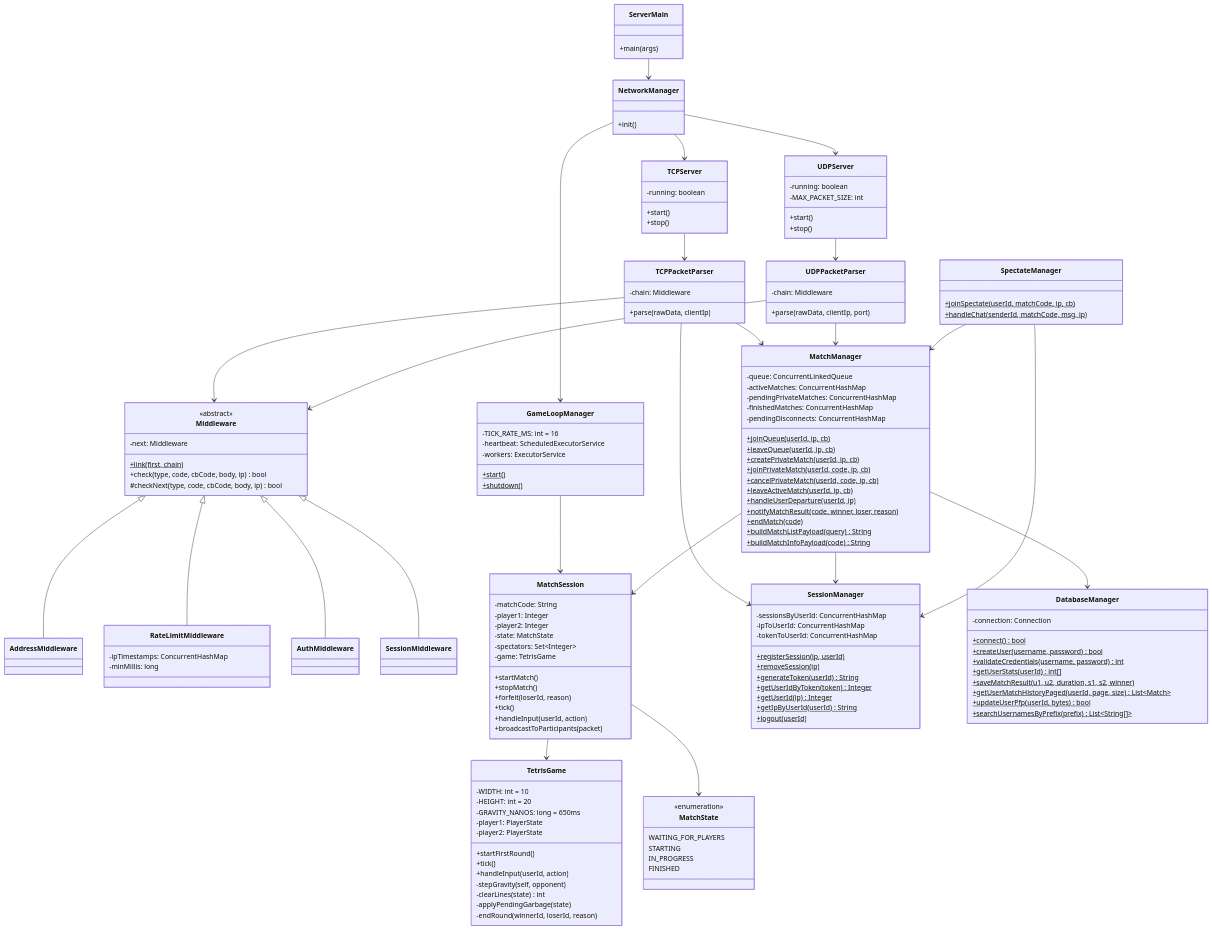
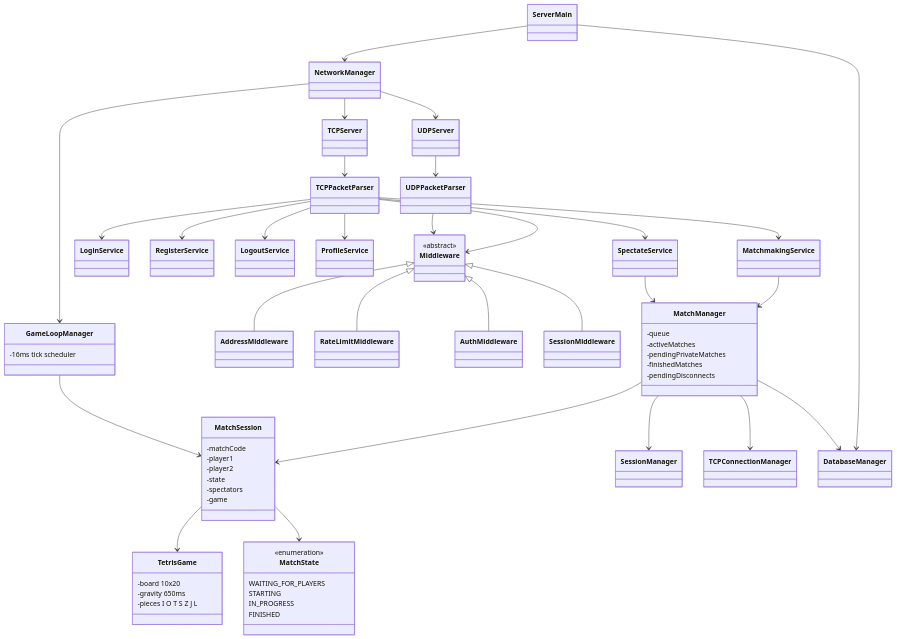
The diagram in server/README.md (gabrielmazui/Jetris), drawn with Mermaid before and after one commit. The commit also changed other lines of this file and 8 other files, not shown here.

````diff
--- a/server/README.md
+++ b/server/README.md
@@ -215,139 +31,50 @@
 ```mermaid
 classDiagram
-    class ServerMain {
-        +main(args)
+    class ServerMain
+    class NetworkManager
+    class TCPServer
+    class UDPServer
+    class GameLoopManager {
+        -16ms tick scheduler
     }
 
-    class NetworkManager {
-        +init()
-    }
-
-    class TCPServer {
-        -running: boolean
-        +start()
-        +stop()
-    }
-
-    class UDPServer {
-        -running: boolean
-        -MAX_PACKET_SIZE: int
-        +start()
-        +stop()
-    }
-
-    class TCPPacketParser {
-        -chain: Middleware
-        +parse(rawData, clientIp)
-    }
-
-    class UDPPacketParser {
-        -chain: Middleware
-        +parse(rawData, clientIp, port)
-    }
-
+    class TCPPacketParser
+    class UDPPacketParser
     class Middleware {
         <<abstract>>
-        -next: Middleware
-        +link(first, chain)$
-        +check(type, code, cbCode, body, ip) bool
-        #checkNext(type, code, cbCode, body, ip) bool
     }
-
     class AddressMiddleware
-    class RateLimitMiddleware {
-        -ipTimestamps: ConcurrentHashMap
-        -minMillis: long
-    }
+    class RateLimitMiddleware
     class AuthMiddleware
     class SessionMiddleware
 
+    class LoginService
+    class RegisterService
+    class LogoutService
+    class ProfileService
+    class MatchmakingService
+    class SpectateService
+
     class MatchManager {
-        -queue: ConcurrentLinkedQueue
-        -activeMatches: ConcurrentHashMap
-        -pendingPrivateMatches: ConcurrentHashMap
-        -finishedMatches: ConcurrentHashMap
-        -pendingDisconnects: ConcurrentHashMap
-        +joinQueue(userId, ip, cb)$
-        +leaveQueue(userId, ip, cb)$
-        +createPrivateMatch(userId, ip, cb)$
-        +joinPrivateMatch(userId, code, ip, cb)$
-        +cancelPrivateMatch(userId, code, ip, cb)$
-        +leaveActiveMatch(userId, ip, cb)$
-        +handleUserDeparture(userId, ip)$
-        +notifyMatchResult(code, winner, loser, reason)$
-        +endMatch(code)$
-        +buildMatchListPayload(query) String$
-        +buildMatchInfoPayload(code) String$
+        -queue
+        -activeMatches
+        -pendingPrivateMatches
+        -finishedMatches
+        -pendingDisconnects
     }
-
     class MatchSession {
-        -matchCode: String
-        -player1: Integer
-        -player2: Integer
-        -state: MatchState
-        -spectators: Set~Integer~
-        -game: TetrisGame
-        +startMatch()
-        +stopMatch()
-        +forfeit(loserId, reason)
-        +tick()
-        +handleInput(userId, action)
-        +broadcastToParticipants(packet)
+        -matchCode
+        -player1
+        -player2
+        -state
+        -spectators
+        -game
     }
-
     class TetrisGame {
-        -WIDTH: int = 10
-        -HEIGHT: int = 20
-        -GRAVITY_NANOS: long = 650ms
-        -player1: PlayerState
-        -player2: PlayerState
-        +startFirstRound()
-        +tick()
-        +handleInput(userId, action)
-        -stepGravity(self, opponent)
-        -clearLines(state) int
-        -applyPendingGarbage(state)
-        -endRound(winnerId, loserId, reason)
+        -board 10x20
+        -gravity 650ms
+        -pieces I O T S Z J L
     }
-
-    class GameLoopManager {
-        -TICK_RATE_MS: int = 16
-        -heartbeat: ScheduledExecutorService
-        -workers: ExecutorService
-        +start()$
-        +shutdown()$
-    }
-
-    class SpectateManager {
-        +joinSpectate(userId, matchCode, ip, cb)$
-        +handleChat(senderId, matchCode, msg, ip)$
-    }
-
-    class SessionManager {
-        -sessionsByUserId: ConcurrentHashMap
-        -ipToUserId: ConcurrentHashMap
-        -tokenToUserId: ConcurrentHashMap
-        +registerSession(ip, userId)$
-        +removeSession(ip)$
-        +generateToken(userId) String$
-        +getUserIdByToken(token) Integer$
-        +getUserId(ip) Integer$
-        +getIpByUserId(userId) String$
-        +logout(userId)$
-    }
-
-    class DatabaseManager {
-        -connection: Connection
-        +connect() bool$
-        +createUser(username, password) bool$
-        +validateCredentials(username, password) int$
-        +getUserStats(userId) int[]$
-        +saveMatchResult(u1, u2, duration, s1, s2, winner)$
-        +getUserMatchHistoryPaged(userId, page, size) List~Match~$
-        +updateUserPfp(userId, bytes) bool$
-        +searchUsernamesByPrefix(prefix) List~String[]~$
-    }
-
     class MatchState {
         <<enumeration>>
         WAITING_FOR_PLAYERS
@@ -356,7 +83,12 @@
         FINISHED
     }
 
+    class SessionManager
+    class TCPConnectionManager
+    class DatabaseManager
+
     ServerMain --> NetworkManager
+    ServerMain --> DatabaseManager
     NetworkManager --> TCPServer
     NetworkManager --> UDPServer
     NetworkManager --> GameLoopManager
@@ -368,15 +100,19 @@
     Middleware <|-- RateLimitMiddleware
     Middleware <|-- AuthMiddleware
     Middleware <|-- SessionMiddleware
-    TCPPacketParser --> MatchManager
-    TCPPacketParser --> SessionManager
-    UDPPacketParser --> MatchManager
-    GameLoopManager --> MatchSession
+    TCPPacketParser --> LoginService
+    TCPPacketParser --> RegisterService
+    TCPPacketParser --> LogoutService
+    TCPPacketParser --> ProfileService
+    TCPPacketParser --> MatchmakingService
+    TCPPacketParser --> SpectateService
+    MatchmakingService --> MatchManager
+    SpectateService --> MatchManager
     MatchManager --> MatchSession
     MatchSession --> TetrisGame
     MatchSession --> MatchState
+    GameLoopManager --> MatchSession
+    MatchManager --> SessionManager
+    MatchManager --> TCPConnectionManager
     MatchManager --> DatabaseManager
-    MatchManager --> SessionManager
-    SpectateManager --> MatchManager
-    SpectateManager --> SessionManager
 ```
````
